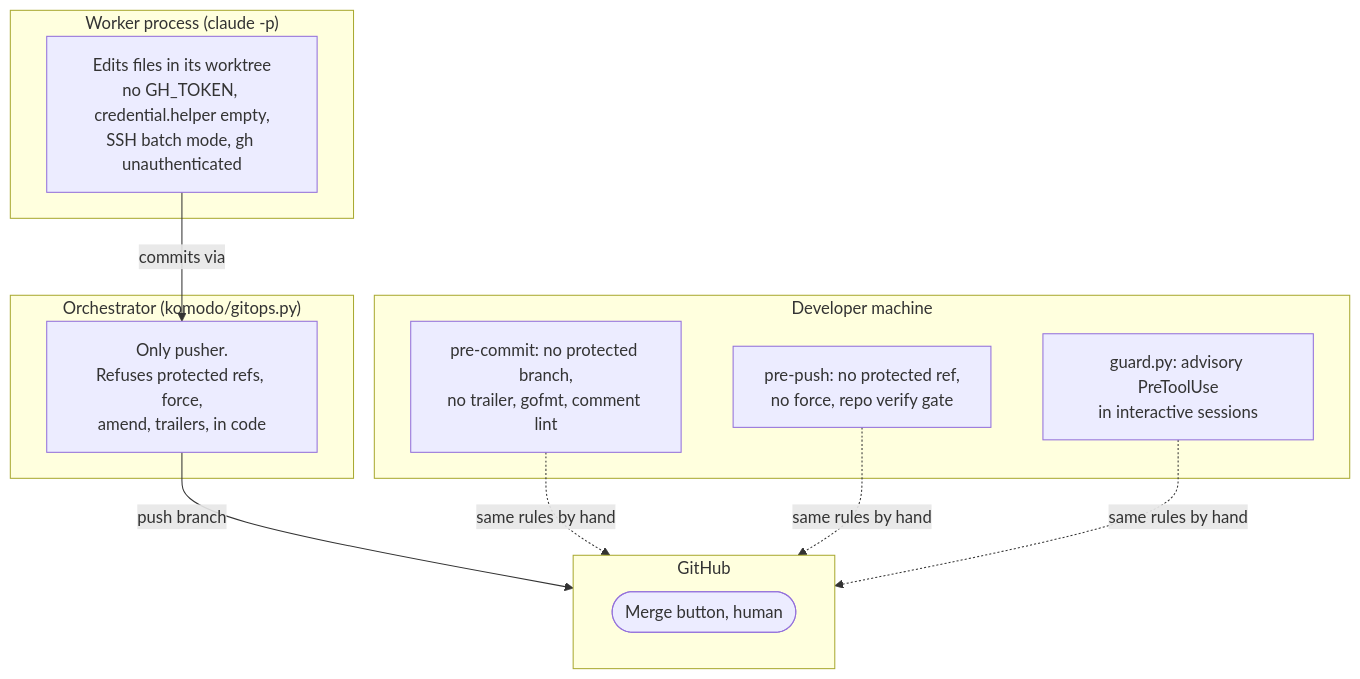
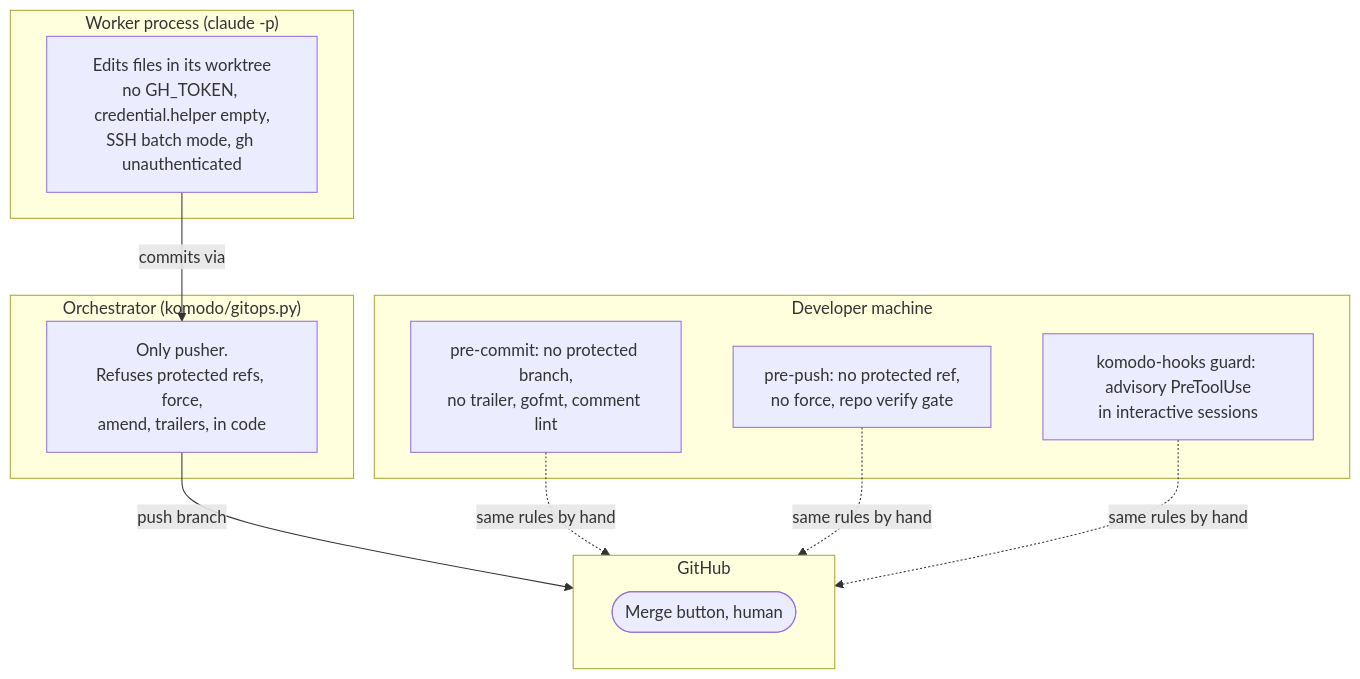
One commit to rdevitto86/komodo-agentic-factory-coding changed the second of 2 diagrams in README.md. Above: the diagram before and after it, drawn with Mermaid. The commit also changed other lines of this file and 27 other files, not shown here.

````diff
--- a/README.md
+++ b/README.md
@@ -78,19 +78,19 @@
 ```mermaid
 flowchart TB
     subgraph Worker["Worker process (claude -p)"]
         W[Edits files in its worktree<br/>no GH_TOKEN, credential.helper empty,<br/>SSH batch mode, gh unauthenticated]
     end
     subgraph Orchestrator["Orchestrator (komodo/gitops.py)"]
         O[Only pusher.<br/>Refuses protected refs, force,<br/>amend, trailers, in code]
     end
     subgraph Machine["Developer machine"]
         H1[pre-commit: no protected branch,<br/>no trailer, gofmt, comment lint]
         H2[pre-push: no protected ref,<br/>no force, repo verify gate]
-        G[guard.py: advisory PreToolUse<br/>in interactive sessions]
+        G[komodo-hooks guard: advisory PreToolUse<br/>in interactive sessions]
     end
     subgraph GitHub
         M([Merge button, human])
     end
     W -->|commits via| O -->|push branch| GitHub
     H1 & H2 & G -.->|same rules by hand| GitHub
 ```
````
